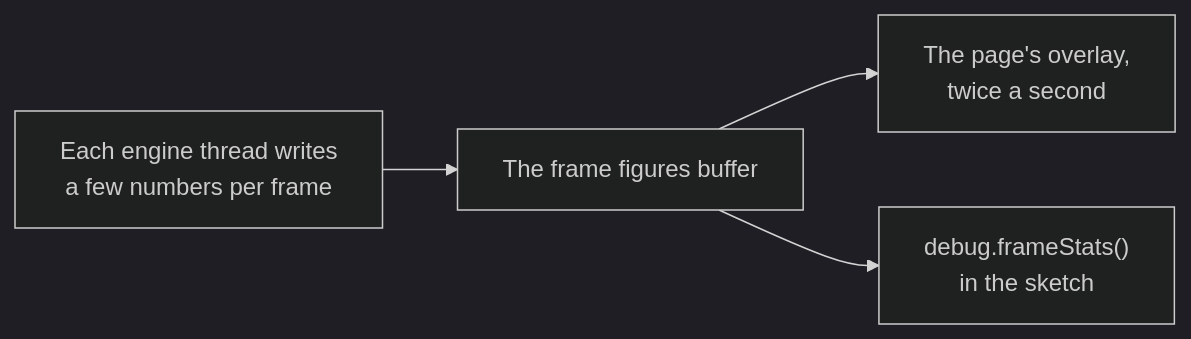
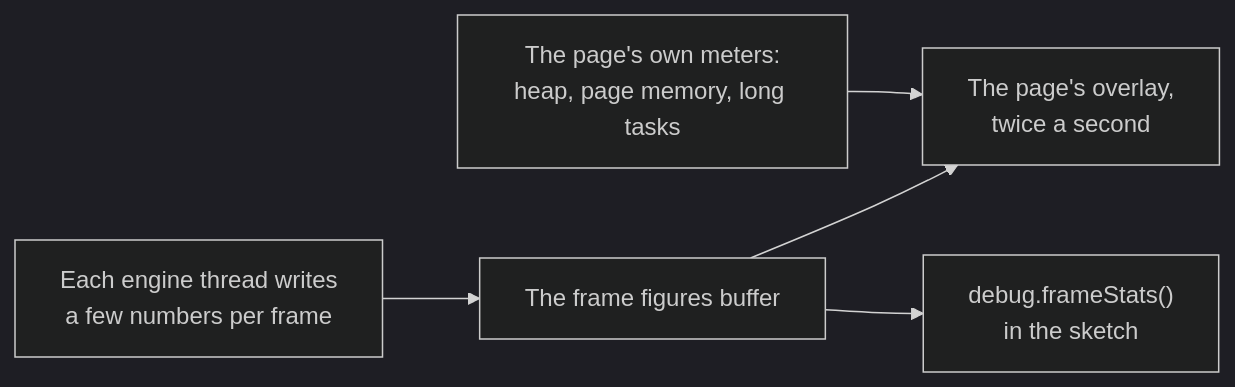
Before and after one commit to null3d-engine/null3d: the third of 3 diagrams in docs/api/debug.md, drawn with Mermaid (dark theme). The commit also changed other lines of this file and 45 other files, not shown here.

````diff
--- a/docs/api/debug.md
+++ b/docs/api/debug.md
@@ -139,6 +139,7 @@
 ```mermaid
 flowchart LR
     threads["Each engine thread writes<br/>a few numbers per frame"] --> buffer["The frame figures buffer"]
     buffer --> overlay["The page's overlay,<br/>twice a second"]
     buffer --> sketch["debug.frameStats()<br/>in the sketch"]
+    page["The page's own meters:<br/>heap, page memory, long tasks"] --> overlay
 ```
````
